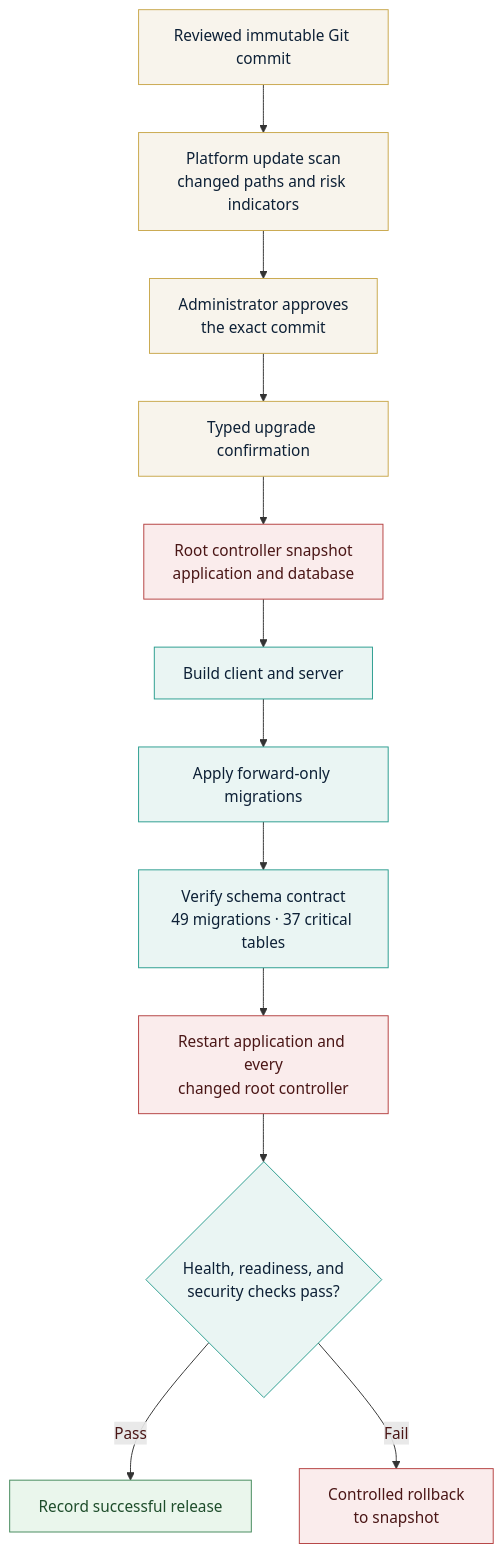
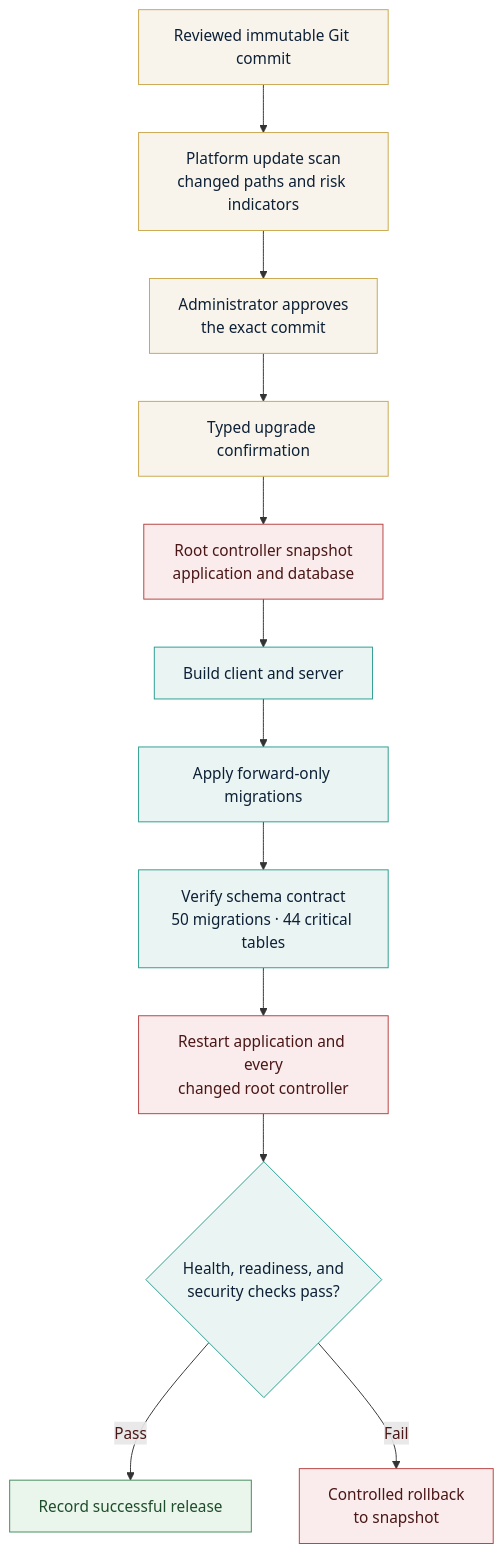
One commit to readypackets/ReadyPackets-SiteSplit changed the diagram in docs/rebuild/diagrams/release-control.mmd. Above: the diagram before and after it, drawn with Mermaid. The commit also changed 26 other files, not shown here.

```diff
--- a/docs/rebuild/diagrams/release-control.mmd
+++ b/docs/rebuild/diagrams/release-control.mmd
@@ -1,27 +1,27 @@
 flowchart TD
     Commit[Reviewed immutable Git commit]
     Scan[Platform update scan<br/>changed paths and risk indicators]
     Approve[Administrator approves<br/>the exact commit]
     Phrase[Typed upgrade confirmation]
     Snapshot[Root controller snapshot<br/>application and database]
     Build[Build client and server]
     Migrate[Apply forward-only migrations]
-    Contract[Verify schema contract<br/>49 migrations · 37 critical tables]
+    Contract[Verify schema contract<br/>50 migrations · 44 critical tables]
     Restart[Restart application and every<br/>changed root controller]
     Health{Health, readiness, and<br/>security checks pass?}
     Release[Record successful release]
     Rollback[Controlled rollback<br/>to snapshot]
 
     Commit --> Scan --> Approve --> Phrase --> Snapshot --> Build --> Migrate --> Contract --> Restart --> Health
     Health -->|Pass| Release
     Health -->|Fail| Rollback
 
     classDef approval fill:#F8F4EC,stroke:#C9A84C,color:#0D2036;
     classDef root fill:#FAECEC,stroke:#B54141,color:#4A1616;
     classDef verification fill:#EAF5F3,stroke:#2A9D8F,color:#0D2036;
     classDef success fill:#EAF6EC,stroke:#43885A,color:#1E4D2B;
     classDef failure fill:#FAECEC,stroke:#B54141,color:#4A1616;
     class Commit,Scan,Approve,Phrase approval;
     class Snapshot,Restart,Rollback root;
     class Build,Migrate,Contract,Health verification;
     class Release success;
```
